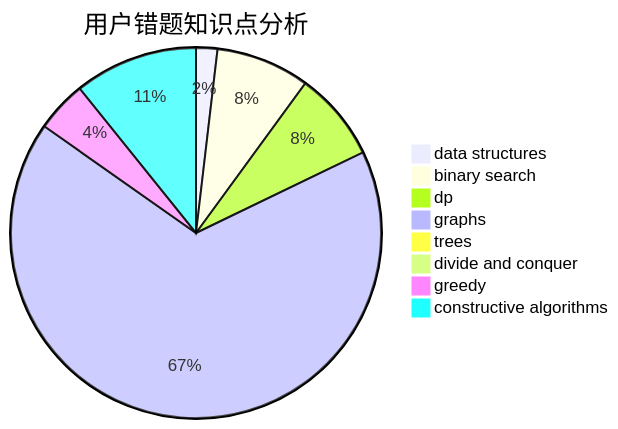
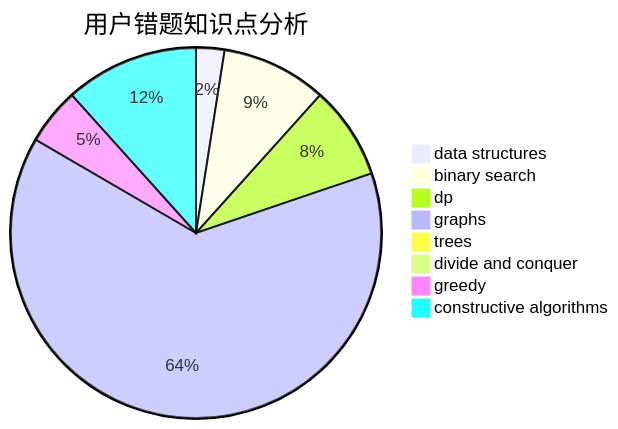
One commit to sherpahu/cfrs.github.io changed the third of 3 diagrams in docs/user/u1769.md. Above: the diagram before and after it, drawn with Mermaid. The commit also changed other lines of this file and 2770 other files, not shown here.

````diff
--- a/docs/user/u1769.md
+++ b/docs/user/u1769.md
@@ -36,11 +36,11 @@
 ```mermaid
 pie title 用户错题知识点分析
-    "data structures" :  5
-    "binary search" :  22
-    "dp" :  21
+    "data structures" :  7
+    "binary search" :  26
+    "dp" :  23
     "graphs" :  180
     "trees" :  0
     "divide and conquer" :  0
-    "greedy" :  12
-    "constructive algorithms" :  29
+    "greedy" :  14
+    "constructive algorithms" :  33
 ```
````
